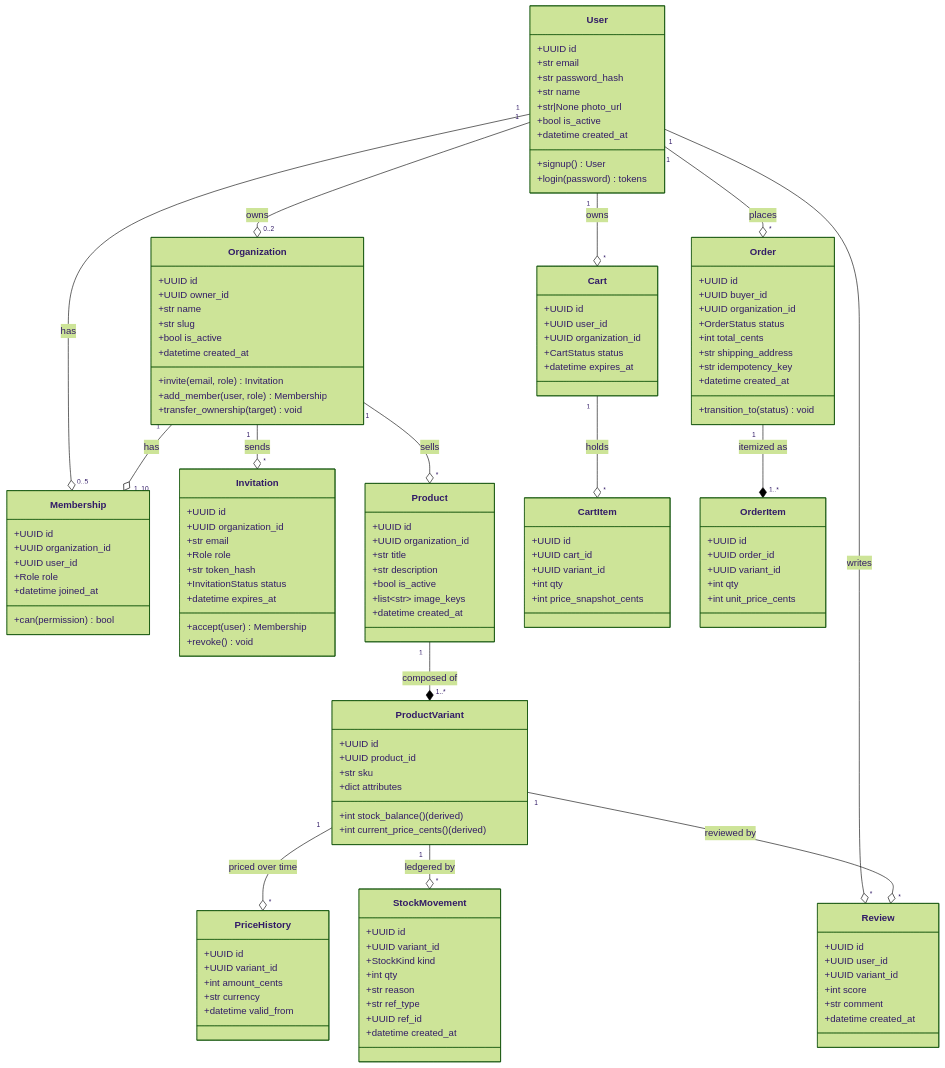
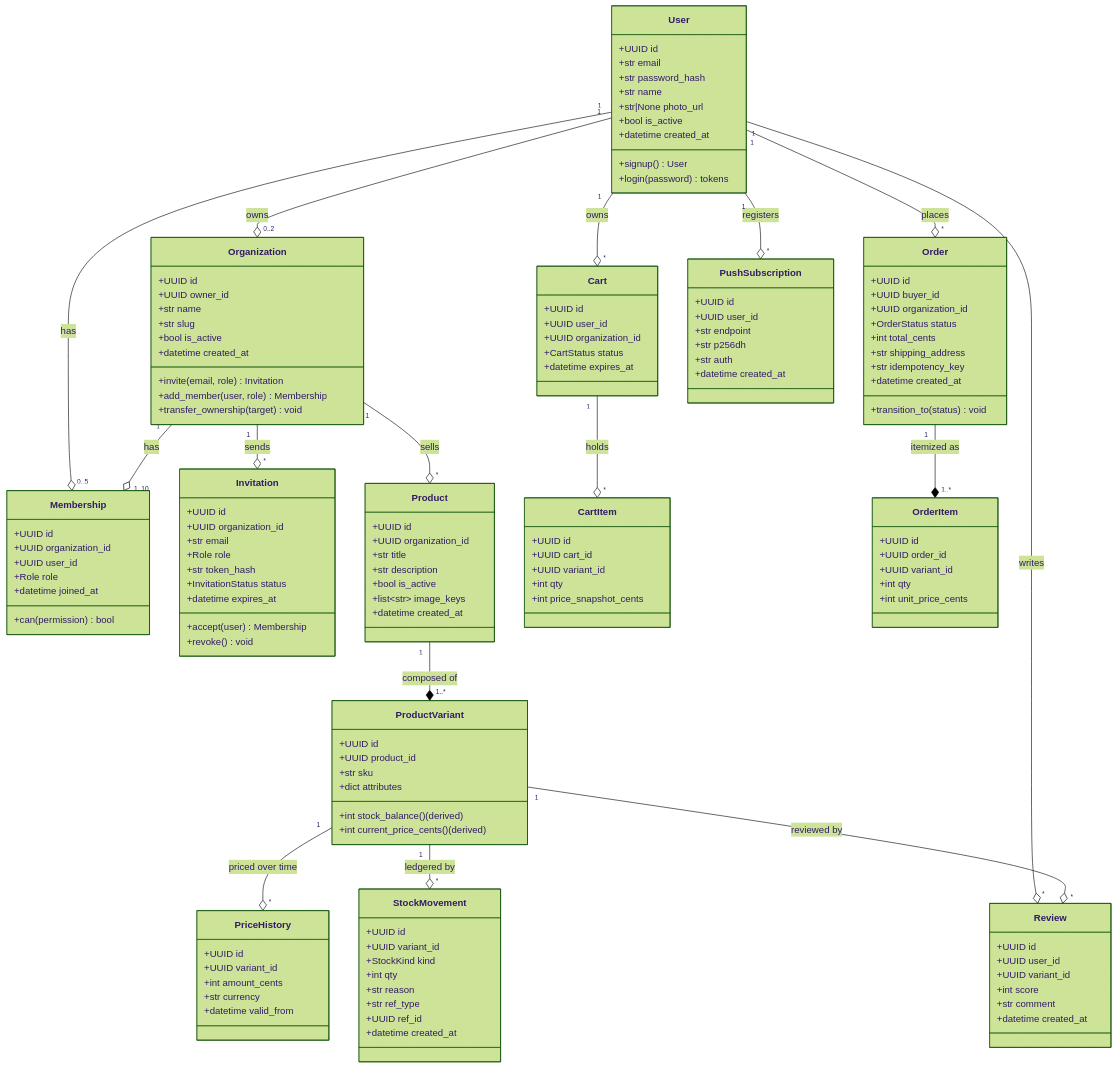
Before and after one commit to mauriciobenjamin700/tempest-fastapi-sdk: the first of 3 diagrams in docs/learning/marketplace/domain.en.md, drawn with Mermaid (forest theme). The commit also changed other lines of this file and 15 other files, not shown here.

````diff
--- a/docs/learning/marketplace/domain.en.md
+++ b/docs/learning/marketplace/domain.en.md
@@ -134,6 +134,15 @@
         +datetime created_at
     }
 
+    class PushSubscription {
+        +UUID id
+        +UUID user_id
+        +str endpoint
+        +str p256dh
+        +str auth
+        +datetime created_at
+    }
+
     User "1" --o "0..2" Organization : owns
     User "1" --o "0..5" Membership : has
     Organization "1" --o "1..10" Membership : has
@@ -148,4 +157,5 @@
     Order "1" --* "1..*" OrderItem : itemized as
     User "1" --o "*" Review : writes
     ProductVariant "1" --o "*" Review : reviewed by
+    User "1" --o "*" PushSubscription : registers
 ```
````
